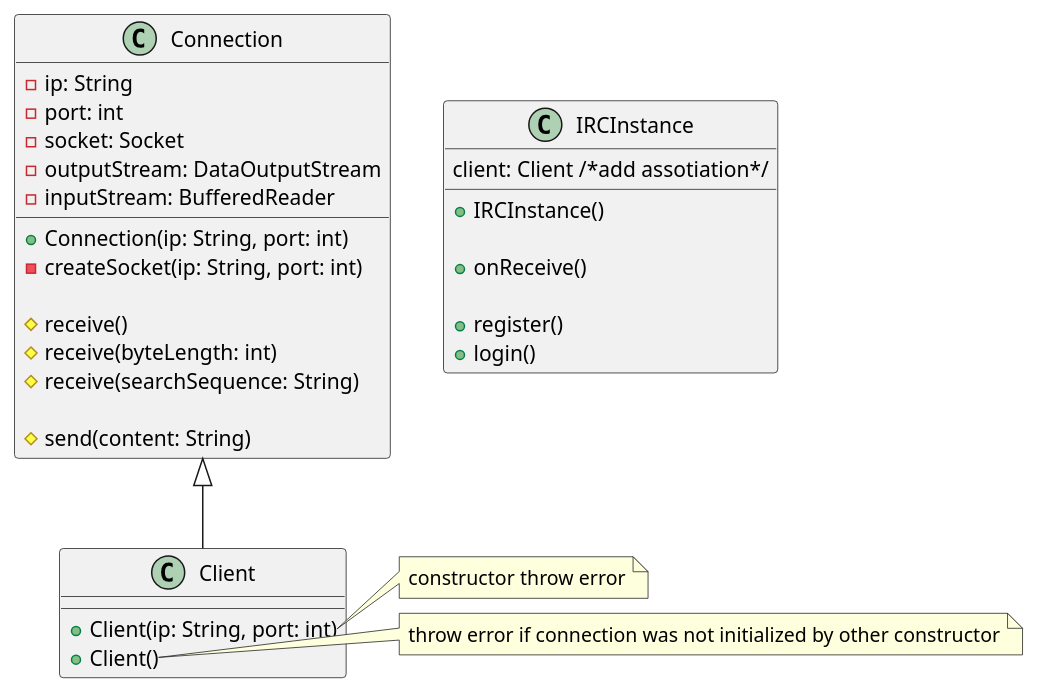
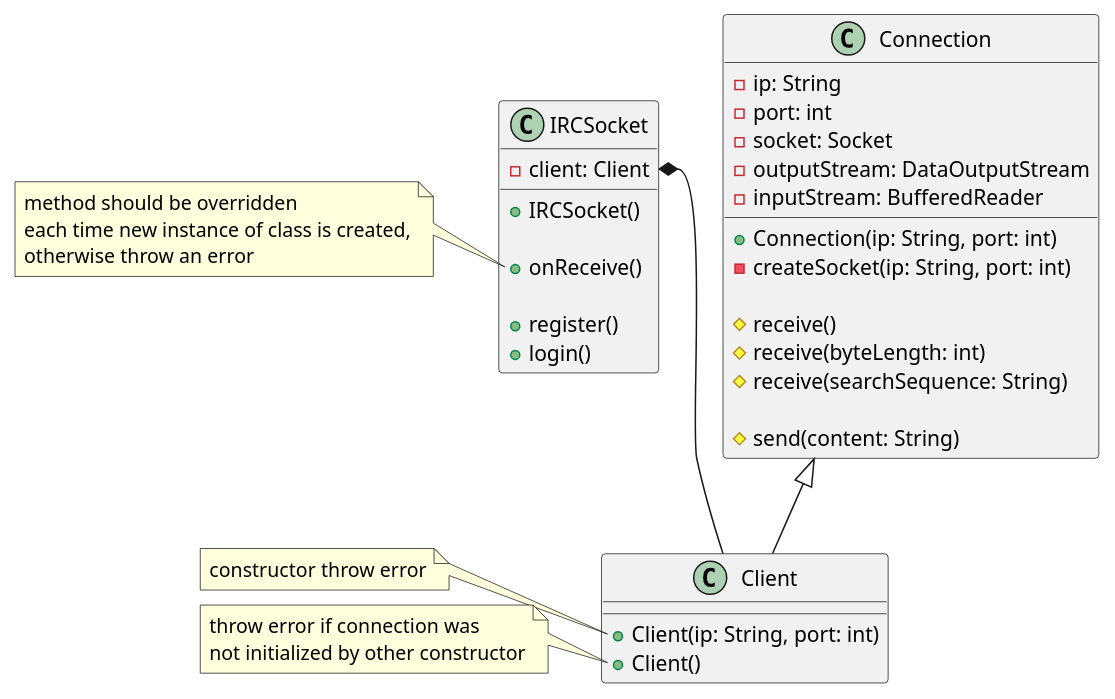
The diagram in uml/ProjectStructure.puml (sebastianzabielski/IRC_Chat_java_client), drawn with PlantUML before and after one commit.

Commit message:
Working on uml structure.

```diff
--- a/uml/ProjectStructure.puml
+++ b/uml/ProjectStructure.puml
@@ -1,52 +1,62 @@
 @startuml
 
 class Connection {
    - ip: String
    - port: int
    - socket: Socket
    - outputStream: DataOutputStream
    - inputStream: BufferedReader
 
    + Connection(ip: String, port: int)
    - createSocket(ip: String, port: int)
 
    # receive()
    # receive(byteLength: int)
    # receive(searchSequence: String)
 
    # send(content: String)
 }
 
 class Client extends Connection {
 
 
  + Client(ip: String, port: int)
  + Client()
 
 }
 
-note right of Client::Client
+note left of Client::Client
  constructor throw error
 end note
 
-note right of Client::Client()
- throw error if connection was not initialized by other constructor
+note left of Client::Client()
+ throw error if connection was
+ not initialized by other constructor
 end note
 
-class IRCInstance{
-     client: Client /*add assotiation*/
+class IRCSocket {
+     - client: Client
 
-     +IRCInstance()
+     + IRCSocket()
 
      + onReceive()
 
      + register()
      + login()
+'    TODO complete missing methods
+
+
 }
 
+note left of IRCSocket::onReceive()
+method should be overridden
+each time new instance of class is created,
+otherwise throw an error
+end note
+IRCSocket::client *-- Client
 
 
 
 
 
 @enduml
```
